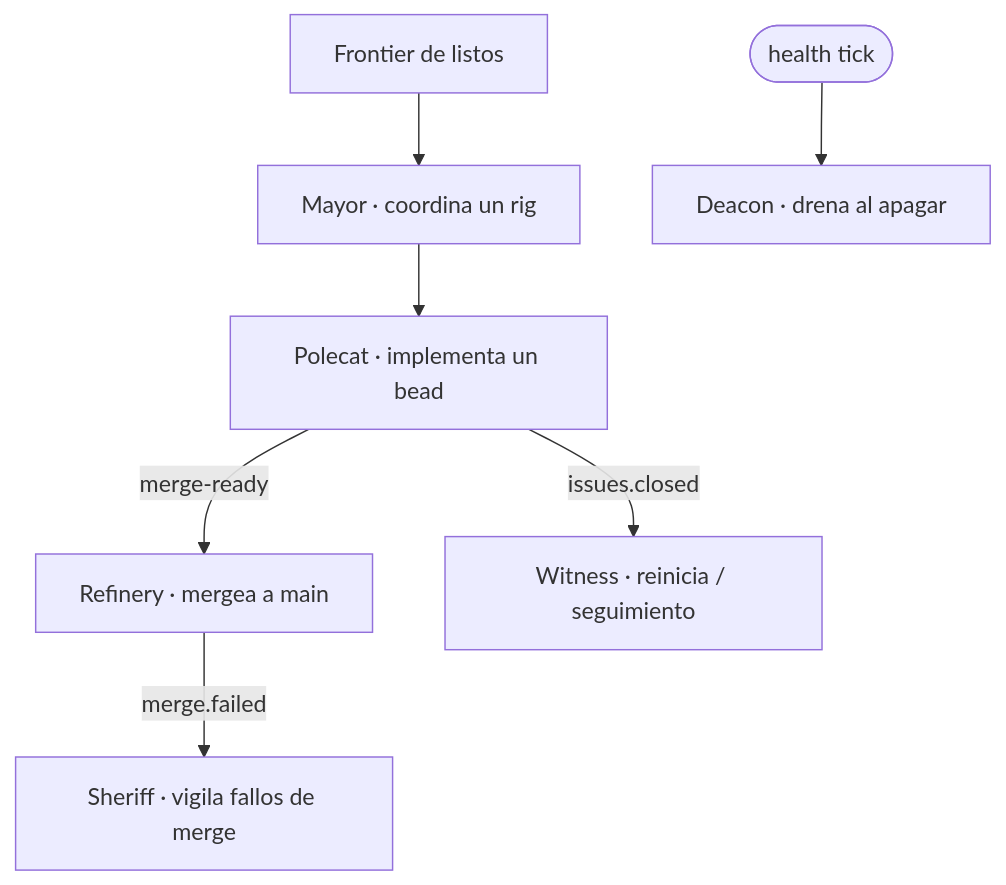
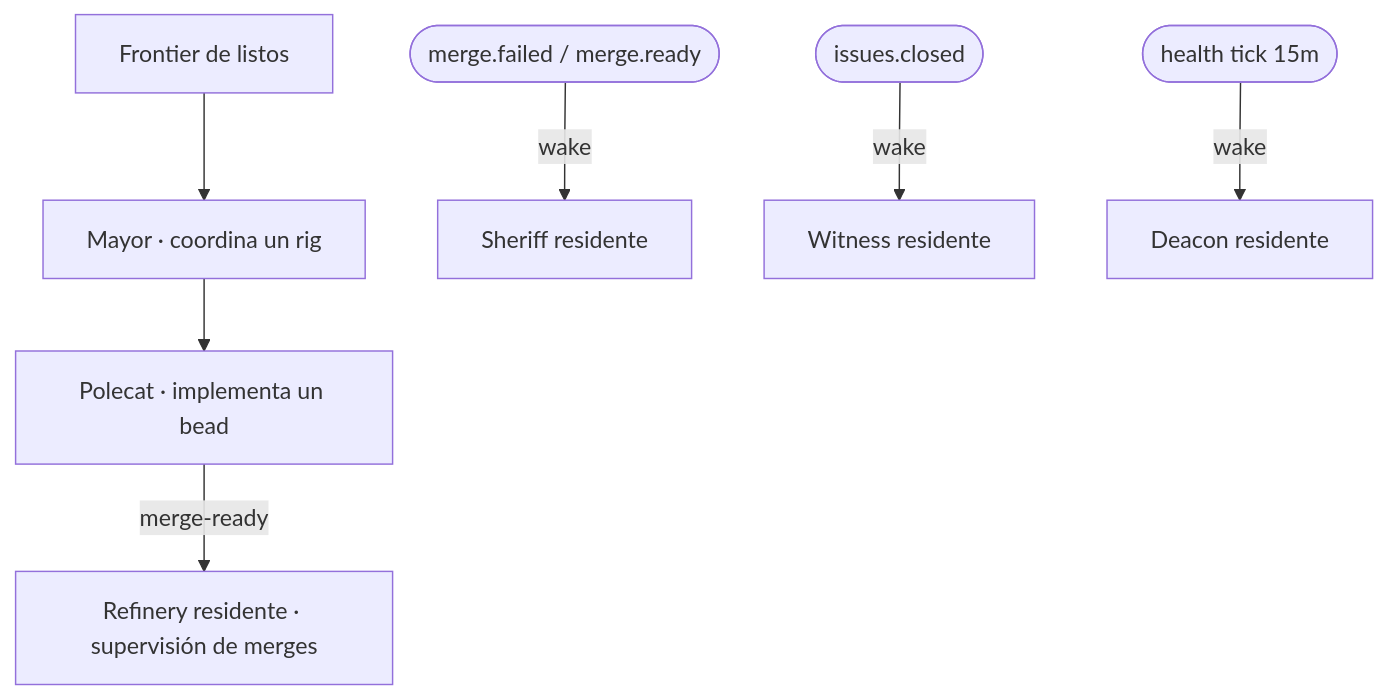
Before and after one commit to gt-core-labs/gt-docs: the diagram in src/content/docs/es/platform/roles-and-agents.md, drawn with Mermaid. The commit also changed other lines of this file and 1 other file, not shown here.

````diff
--- a/src/content/docs/es/platform/roles-and-agents.md
+++ b/src/content/docs/es/platform/roles-and-agents.md
@@ -14,9 +14,9 @@
 ```mermaid
 flowchart TD
   frontier[Frontier de listos] --> mayor
   mayor[Mayor · coordina un rig] --> polecat[Polecat · implementa un bead]
-  polecat -->|merge-ready| refinery[Refinery · mergea a main]
-  refinery -->|merge.failed| sheriff[Sheriff · vigila fallos de merge]
-  polecat -->|issues.closed| witness[Witness · reinicia / seguimiento]
-  health([health tick]) --> deacon[Deacon · drena al apagar]
+  polecat -->|merge-ready| refinery[Refinery residente · supervisión de merges]
+  merge([merge.failed / merge.ready]) -->|wake| sheriff[Sheriff residente]
+  closed([issues.closed]) -->|wake| witness[Witness residente]
+  health([health tick 15m]) -->|wake| deacon[Deacon residente]
 ```
````
